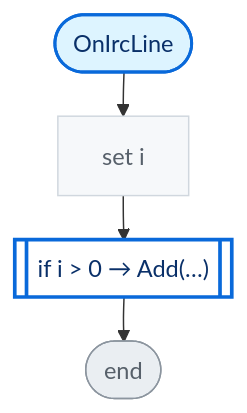
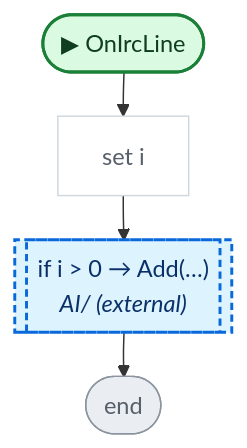
One commit to nataiai/Lord-of-the-Dungeon changed the sixth of 8 diagrams in CodeGraph~/graph/AI/UnifiedChat.cs.md. Above: the diagram before and after it, drawn with Mermaid. The commit also changed other lines of this file and 44 other files, not shown here.

````diff
--- a/CodeGraph~/graph/AI/UnifiedChat.cs.md
+++ b/CodeGraph~/graph/AI/UnifiedChat.cs.md
@@ -269,31 +291,35 @@
 ```mermaid
 ---
 config:
   flowchart:
     wrappingWidth: 260
     nodeSpacing: 26
     rankSpacing: 30
 ---
 flowchart TD
-  nS(["OnIrcLine"])
+  nS(["▶ OnIrcLine"])
   n3e4f08["set i"]
-  n744bd2[["if i #62; 0 → Add(…)"]]
+  n744bd2[["if i #62; 0 → Add(…)<br><i>AI/ (external)</i>"]]
   nE(["end"])
   nS --> n3e4f08
   n3e4f08 --> n744bd2
   n744bd2 --> nE
-  classDef unity fill:#fff1c2,stroke:#9a6700,stroke-width:2px,color:#3b2300
-  classDef start fill:#ddf4ff,stroke:#0969da,stroke-width:2px,color:#0a3069
-  classDef calc fill:#f6f8fa,stroke:#d0d7de,color:#57606a
-  classDef calls fill:#ffffff,stroke:#0969da,stroke-width:2.5px,color:#0a3069
-  classDef cond fill:#ffffff,stroke:#6e7781,stroke-width:1.5px,color:#1f2328
-  classDef loop fill:#fbefff,stroke:#8250df,color:#3e1f79
-  classDef exit fill:#eaeef2,stroke:#57606a,color:#24292f
-  classDef wait fill:#fff8f0,stroke:#bc4c00,color:#4d1d00
+  classDef unity fill:#dafbe1,stroke:#1a7f37,stroke-width:2px,color:#0f3d1d
+  classDef start fill:#dafbe1,stroke:#1a7f37,stroke-width:2px,color:#0f3d1d
+  classDef calc fill:#ffffff,stroke:#d0d7de,color:#57606a
+  classDef calls fill:#ddf4ff,stroke:#0969da,stroke-width:2px,color:#0a3069
+  classDef ext fill:#ddf4ff,stroke:#0969da,stroke-width:2px,stroke-dasharray:5 3,color:#0a3069
+  classDef cond fill:#fff8c5,stroke:#bf8700,stroke-width:1.5px,color:#3d2a00
+  classDef loop fill:#f6f8fa,stroke:#57606a,color:#1f2328
+  classDef exit fill:#ffebe9,stroke:#cf222e,color:#82071e
+  classDef kill fill:#ffebe9,stroke:#cf222e,stroke-width:2px,color:#82071e
+  classDef spawn fill:#dafbe1,stroke:#1a7f37,stroke-width:2px,color:#0f3d1d
+  classDef wait fill:#fff1e5,stroke:#bc4c00,color:#4d1d00
   classDef fin fill:#eaeef2,stroke:#8c959f,color:#57606a
   classDef join fill:#d0d7de,stroke:#8c959f,color:#57606a
+  classDef ghdr fill:#f5f9ff,stroke:#f5f9ff,color:#0a3069,font-weight:bold
   class n3e4f08 calc
-  class n744bd2 calls
+  class n744bd2 ext
   class nE fin
   class nS start
 ```
````
